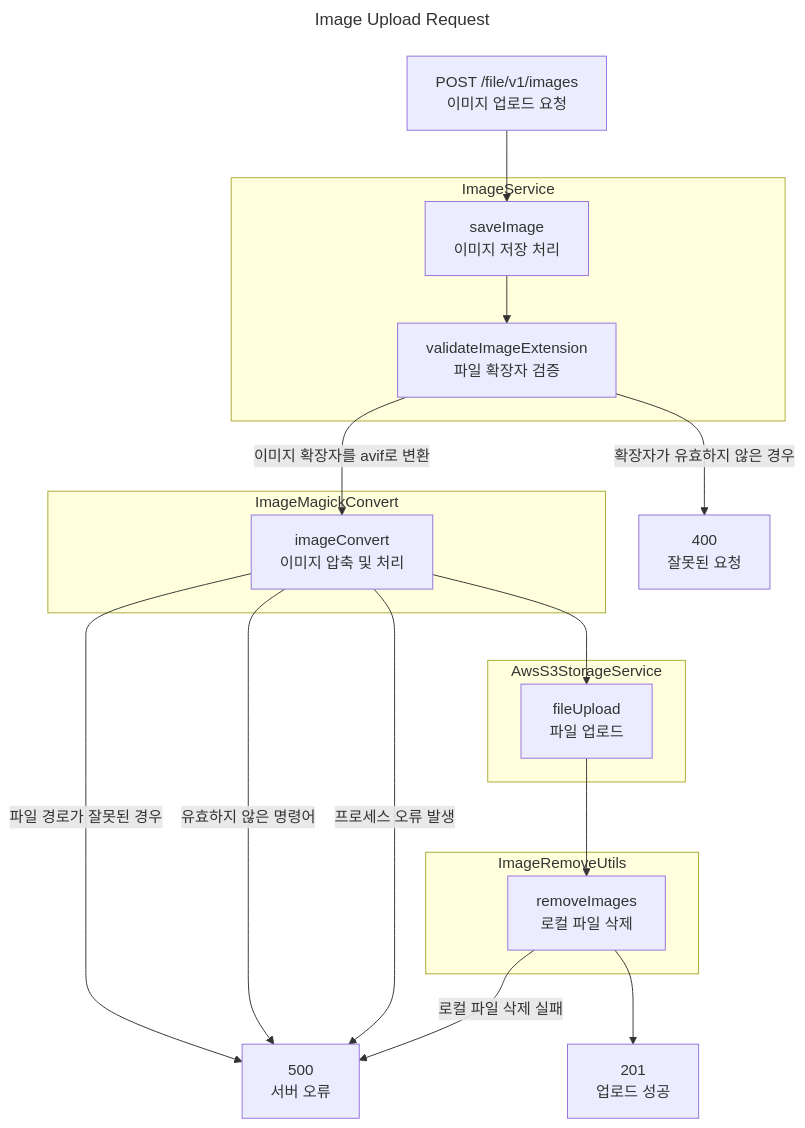
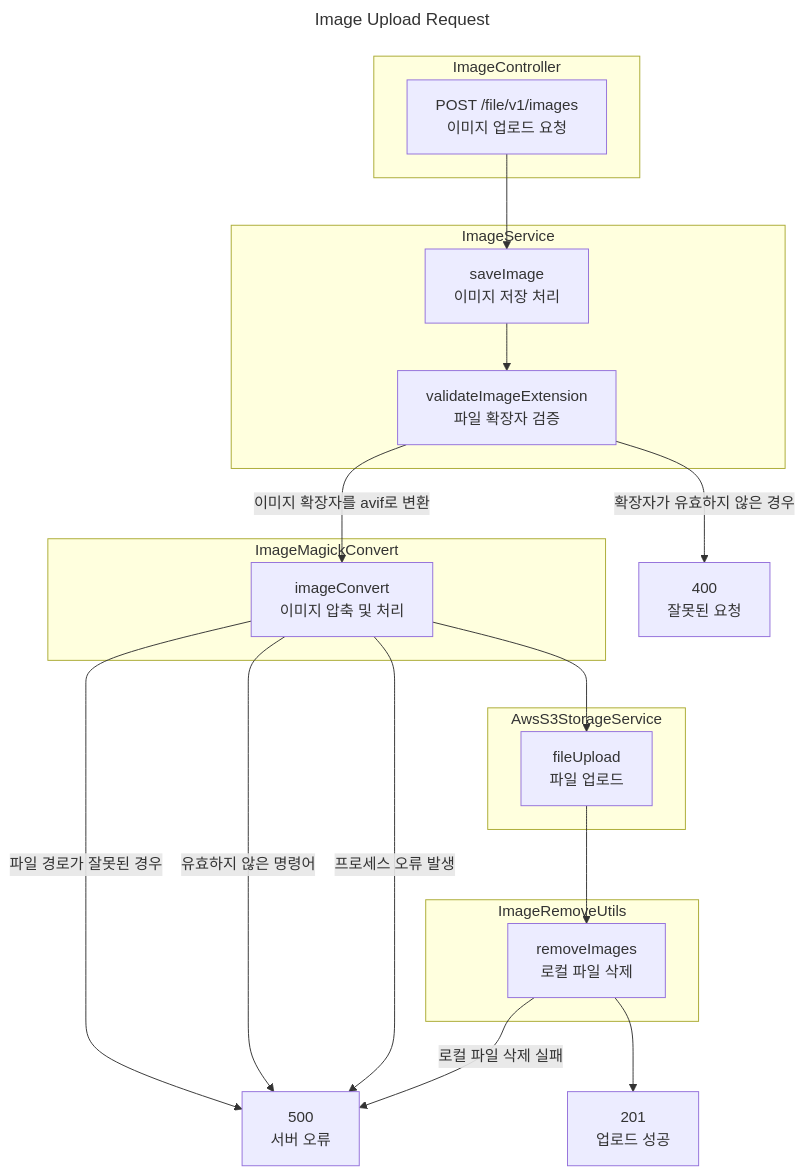
The first of 2 diagrams in application/wypl-image/src/main/java/com/wypl/wyplimage/controller/README.md (What-s-Your-Plan/wypl-backend), drawn with Mermaid before and after one commit.

Commit message:
Docs(#60): Upload Image Request 수정

````diff
--- a/application/wypl-image/src/main/java/com/wypl/wyplimage/controller/README.md
+++ b/application/wypl-image/src/main/java/com/wypl/wyplimage/controller/README.md
@@ -5,44 +5,44 @@
 ```mermaid
 ---
 title: "Image Upload Request"
 ---
 flowchart TD
     Request[POST /file/v1/images </br> 이미지 업로드 요청]
     Service[saveImage </br> 이미지 저장 처리]
     Validate[validateImageExtension </br> 파일 확장자 검증]
     ImageMagic[imageConvert </br> 이미지 압축 및 처리]
     Upload[fileUpload </br> 파일 업로드]
     Remove[removeImages </br> 로컬 파일 삭제]
     Success[201 </br> 업로드 성공]
     BadRequest[400 </br> 잘못된 요청]
     ServerError[500 </br> 서버 오류]
+    subgraph ImageController
+        Request
+    end
     Request --> Service
 
     subgraph ImageService
         Service --> Validate
     end
     Validate -- 확장자가 유효하지 않은 경우 --> BadRequest
     Validate -- 이미지 확장자를 avif로 변환 --> ImageMagic
-    ImageMagic -- 파일 경로가 잘못된 경우 --> ServerError
-    ImageMagic -- 유효하지 않은 명령어 --> ServerError
-    ImageMagic -- 프로세스 오류 발생 --> ServerError
 
     subgraph ImageMagickConvert
         ImageMagic
     end
-
+    ImageMagic -- 파일 경로가 잘못된 경우 --> ServerError
+    ImageMagic -- 유효하지 않은 명령어 --> ServerError
+    ImageMagic -- 프로세스 오류 발생 --> ServerError
     ImageMagic --> Upload
 
     subgraph AwsS3StorageService
         Upload
     end
-
     Upload --> Remove
 
     subgraph ImageRemoveUtils
         Remove
     end
-
     Remove -- 로컬 파일 삭제 실패 --> ServerError
     Remove --> Success
 ```
````
